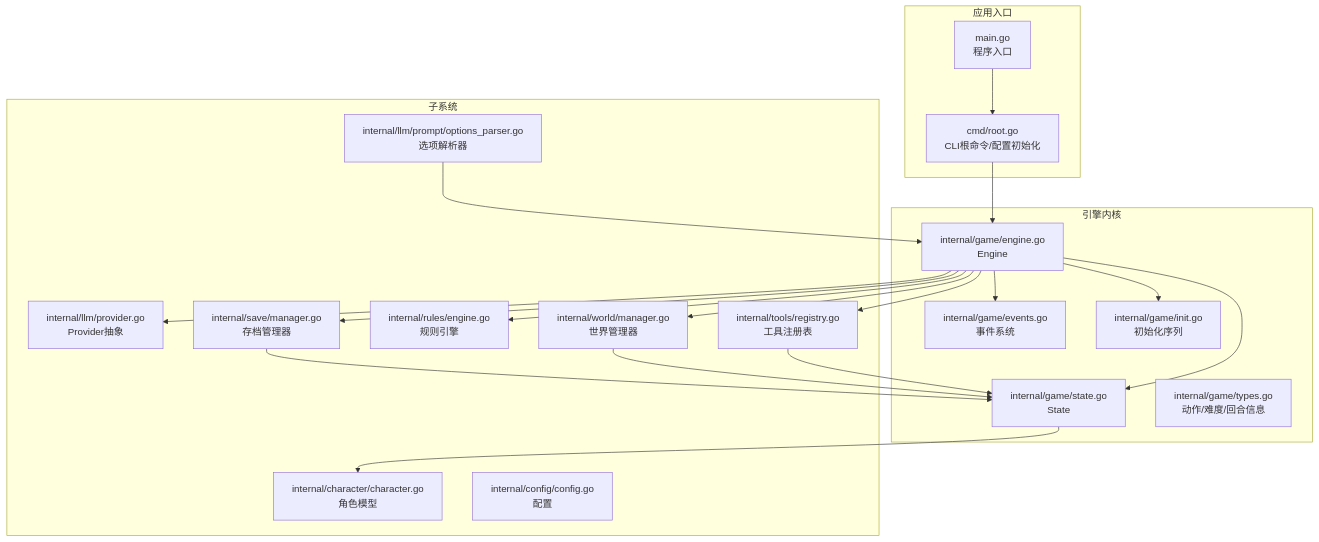
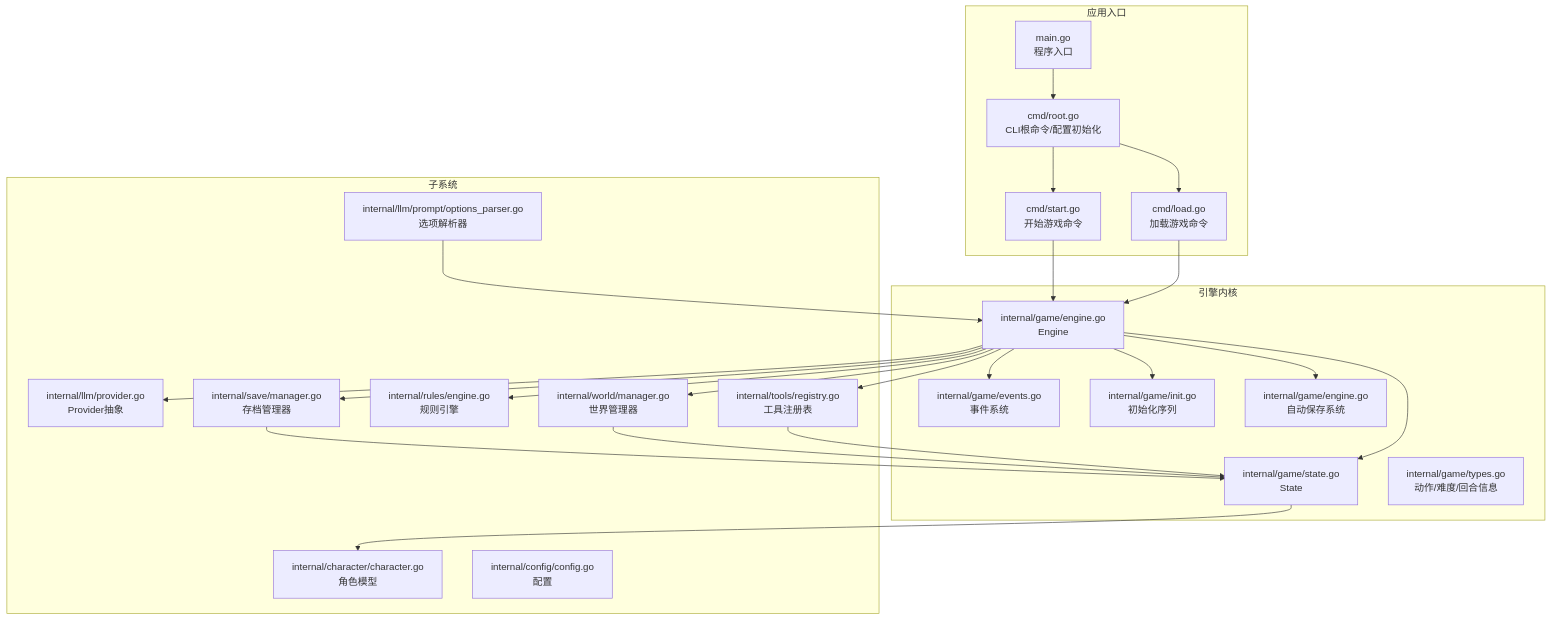
Before and after one commit to zwh8800/cdnd: the first of 13 diagrams in .qoder/repowiki/zh/content/游戏引擎架构/游戏引擎架构.md, drawn with Mermaid. The commit also changed other lines of this file and 23 other files, not shown here.

````diff
--- a/.qoder/repowiki/zh/content/游戏引擎架构/游戏引擎架构.md
+++ b/.qoder/repowiki/zh/content/游戏引擎架构/游戏引擎架构.md
@@ -66,39 +72,46 @@
 ```mermaid
 graph TB
 subgraph "应用入口"
 MAIN["main.go<br/>程序入口"]
 ROOT["cmd/root.go<br/>CLI根命令/配置初始化"]
+START["cmd/start.go<br/>开始游戏命令"]
+LOAD["cmd/load.go<br/>加载游戏命令"]
 end
 subgraph "引擎内核"
 ENGINE["internal/game/engine.go<br/>Engine"]
 STATE["internal/game/state.go<br/>State"]
 EVENTS["internal/game/events.go<br/>事件系统"]
 INITSEQ["internal/game/init.go<br/>初始化序列"]
+AUTOSAVE["internal/game/engine.go<br/>自动保存系统"]
 TYPESG["internal/game/types.go<br/>动作/难度/回合信息"]
 end
 subgraph "子系统"
 LLM["internal/llm/provider.go<br/>Provider抽象"]
 TOOLS["internal/tools/registry.go<br/>工具注册表"]
 RULES["internal/rules/engine.go<br/>规则引擎"]
 WORLD["internal/world/manager.go<br/>世界管理器"]
 SAVE["internal/save/manager.go<br/>存档管理器"]
 CHAR["internal/character/character.go<br/>角色模型"]
 CFG["internal/config/config.go<br/>配置"]
 OPTPARSE["internal/llm/prompt/options_parser.go<br/>选项解析器"]
 end
 MAIN --> ROOT
-ROOT --> ENGINE
+ROOT --> START
+ROOT --> LOAD
+START --> ENGINE
+LOAD --> ENGINE
 ENGINE --> STATE
 ENGINE --> LLM
 ENGINE --> TOOLS
 ENGINE --> RULES
 ENGINE --> WORLD
 ENGINE --> SAVE
 ENGINE --> EVENTS
+ENGINE --> AUTOSAVE
 ENGINE --> INITSEQ
 STATE --> CHAR
 SAVE --> STATE
 WORLD --> STATE
 TOOLS --> STATE
 OPTPARSE --> ENGINE
 ```
````
